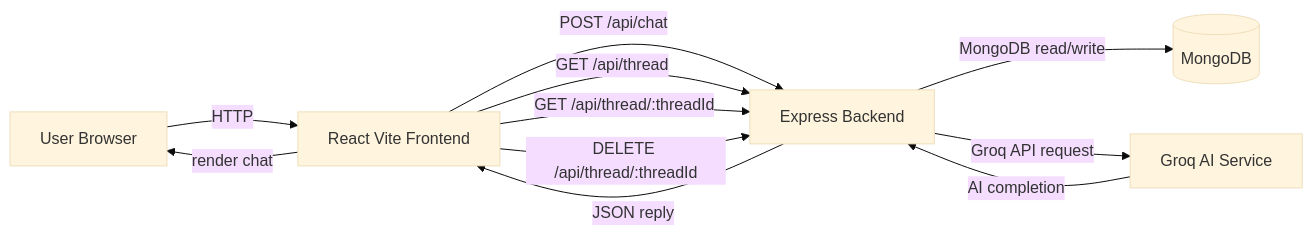
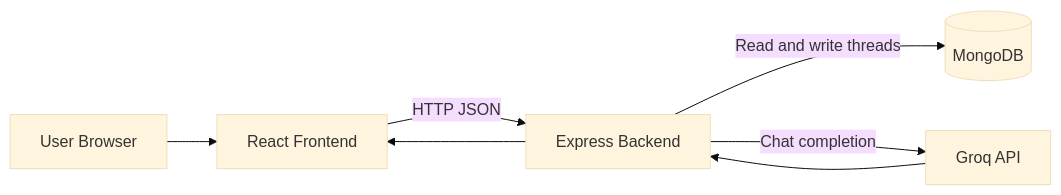
Before and after one commit to Adityakumarjha482/SigmaGPT: the diagram in README.md, drawn with Mermaid (base theme). The commit also changed other lines of this file, not shown here.

````diff
--- a/README.md
+++ b/README.md
@@ -48,13 +152,9 @@
 ```mermaid
 flowchart LR
-  A[User Browser] -->|HTTP| B[React Vite Frontend]
-  B -->|POST /api/chat| C[Express Backend]
-  B -->|GET /api/thread| C
-  B -->|GET /api/thread/:threadId| C
-  B -->|DELETE /api/thread/:threadId| C
-  C -->|MongoDB read/write| D[(MongoDB)]
-  C -->|Groq API request| E[Groq AI Service]
-  E -->|AI completion| C
-  C -->|JSON reply| B
-  B -->|render chat| A
+    U[User Browser] --> F[React Frontend]
+    F -->|HTTP JSON| B[Express Backend]
+    B -->|Read and write threads| M[(MongoDB)]
+    B -->|Chat completion| G[Groq API]
+    G --> B
+    B --> F
 ```
````
